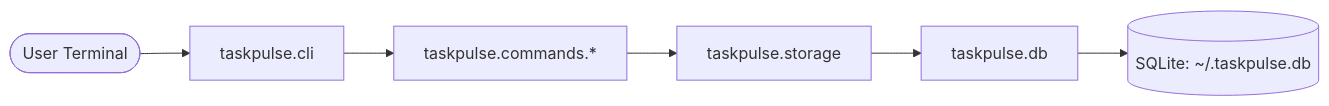
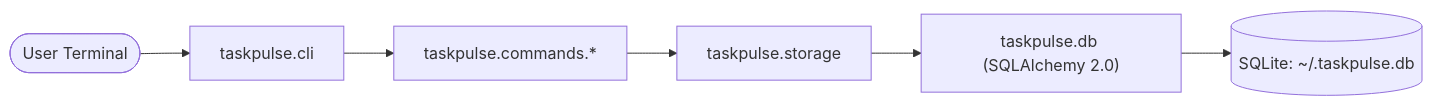
The diagram in README.md (owoaanu/git-workflow), drawn with Mermaid before and after one commit. The commit also changed other lines of this file and 5 other files, not shown here.

````diff
--- a/README.md
+++ b/README.md
@@ -42,8 +44,8 @@
 ```mermaid
 flowchart LR
     User([User Terminal]) --> CLI[taskpulse.cli]
     CLI --> Commands[taskpulse.commands.*]
     Commands --> Storage[taskpulse.storage]
-    Storage --> DB[taskpulse.db]
+    Storage --> DB["taskpulse.db (SQLAlchemy 2.0)"]
     DB --> SQLite[(SQLite: ~/.taskpulse.db)]
 ```
````
